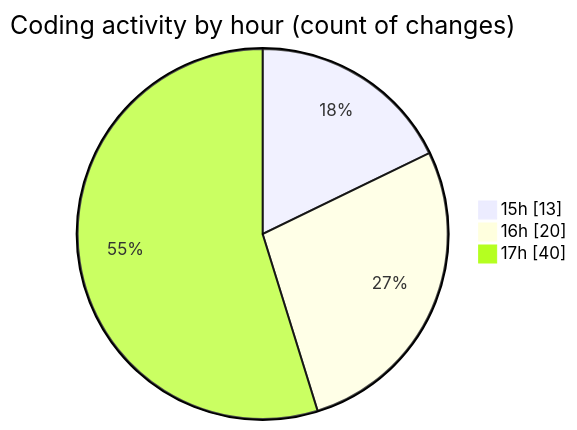
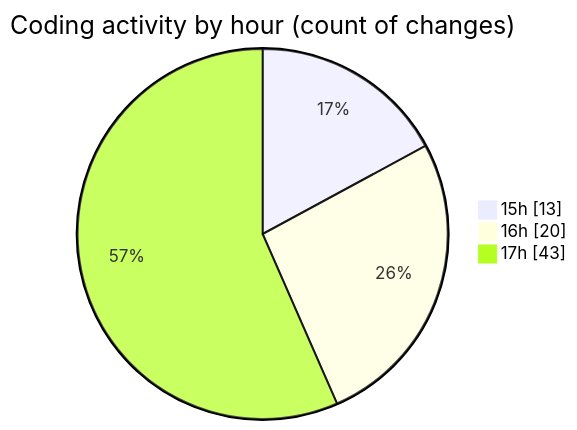
One commit to momahboobian/code-tracking changed the second of 2 diagrams in 2026-03-26/cda/README.md. Above: the diagram before and after it, drawn with Mermaid. The commit also changed other lines of this file and 1 other file, not shown here.

````diff
--- a/2026-03-26/cda/README.md
+++ b/2026-03-26/cda/README.md
@@ -33,7 +33,7 @@
 ```mermaid
 pie showData
 title Coding activity by hour (count of changes)
 "15h" : 13
 "16h" : 20
-"17h" : 40
+"17h" : 43
 ```
````
